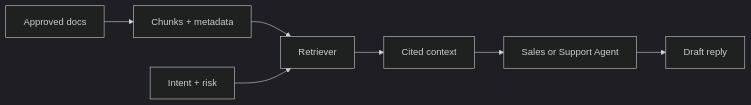
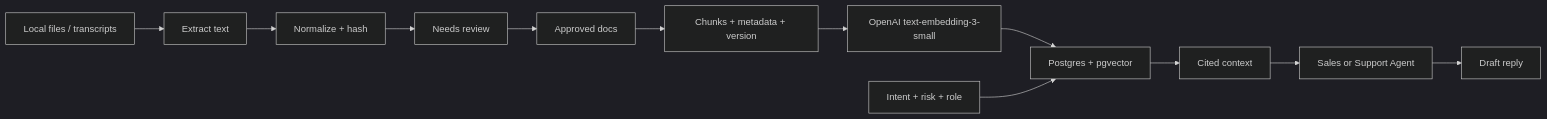
The diagram in docs/rag-pipeline.md (rdkrstn/sagad-os), drawn with Mermaid (dark theme) before and after one commit. The commit also changed other lines of this file and 28 other files, not shown here.

````diff
--- a/docs/rag-pipeline.md
+++ b/docs/rag-pipeline.md
@@ -18,9 +20,14 @@
 ```mermaid
 flowchart LR
-  Docs["Approved docs"] --> Chunks["Chunks + metadata"]
-  Chunks --> Search["Retriever"]
-  Intent["Intent + risk"] --> Search
-  Search --> Context["Cited context"]
+  Sources["Local files / transcripts"] --> Extract["Extract text"]
+  Extract --> Normalize["Normalize + hash"]
+  Normalize --> Review["Needs review"]
+  Review --> Approved["Approved docs"]
+  Approved --> Chunks["Chunks + metadata + version"]
+  Chunks --> Embed["OpenAI text-embedding-3-small"]
+  Embed --> Pgvector["Postgres + pgvector"]
+  Intent["Intent + risk + role"] --> Pgvector
+  Pgvector --> Context["Cited context"]
   Context --> Agent["Sales or Support Agent"]
   Agent --> Draft["Draft reply"]
 ```
````
